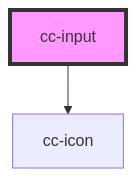
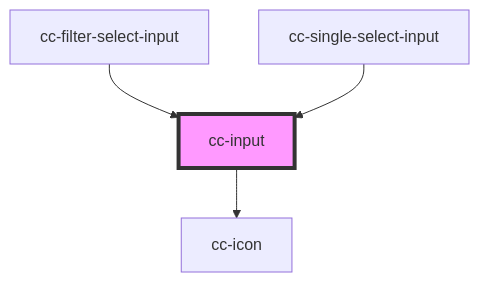
Before and after one commit to lacafetalab/cafeta-components: the diagram in packages/core/src/components/cc-input/readme.md, drawn with Mermaid. The commit also changed other lines of this file and 15 other files, not shown here.

Commit message:
feat() component filter , componente autocomplete on cc single input , adding prop border on input

````diff
--- a/packages/core/src/components/cc-input/readme.md
+++ b/packages/core/src/components/cc-input/readme.md
@@ -36,5 +42,7 @@
 ```mermaid
 graph TD;
   cc-input --> cc-icon
+  cc-filter-select-input --> cc-input
+  cc-single-select-input --> cc-input
   style cc-input fill:#f9f,stroke:#333,stroke-width:4px
 ```
````
